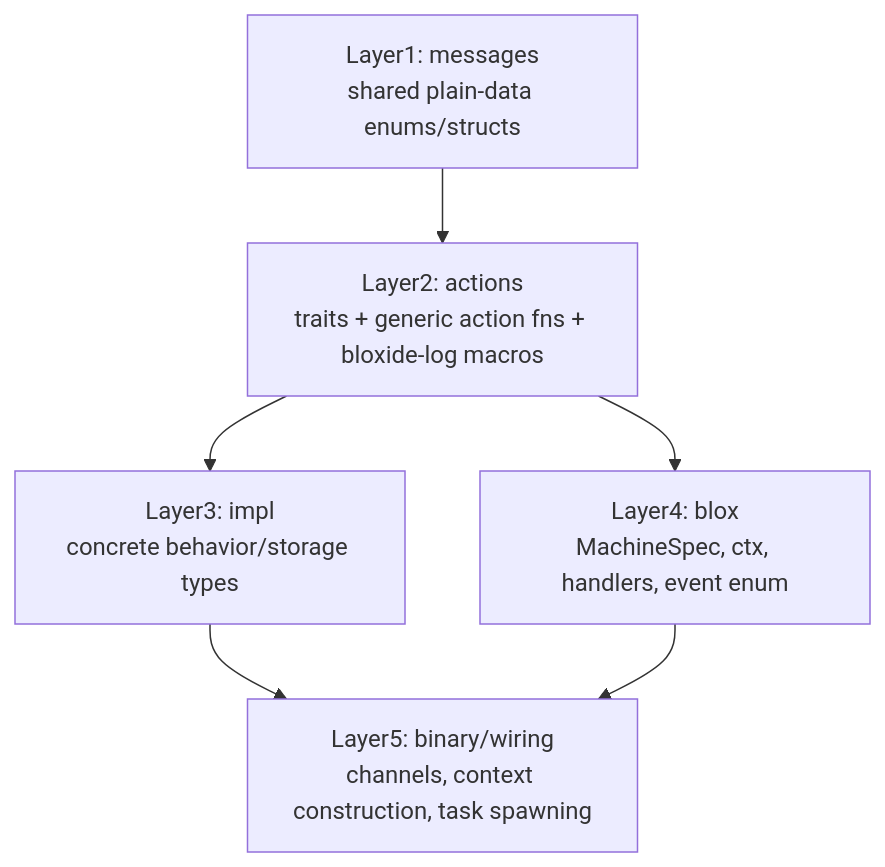
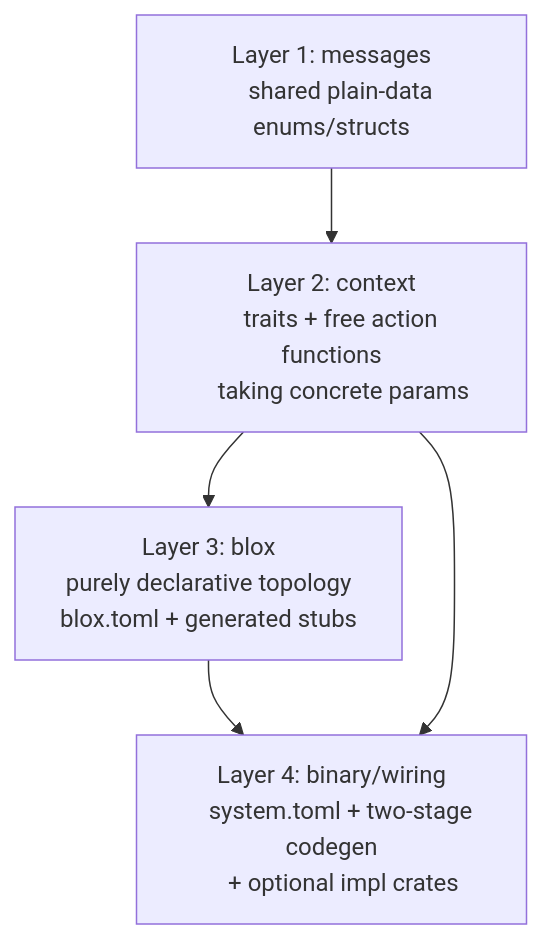
The diagram in spec/architecture/12-action-crate-pattern.md (bloxide-com/bloxide), drawn with Mermaid before and after one commit. The commit also changed other lines of this file and 6 other files, not shown here.

````diff
--- a/spec/architecture/12-action-crate-pattern.md
+++ b/spec/architecture/12-action-crate-pattern.md
@@ -23,14 +32,19 @@
 ```mermaid
 flowchart TD
-    Messages["Layer1: messages\nshared plain-data enums/structs"]
-    Actions["Layer2: actions\ntraits + generic action fns + bloxide-log macros"]
-    Impl["Layer3: impl\nconcrete behavior/storage types"]
-    Blox["Layer4: blox\nMachineSpec, ctx, handlers, event enum"]
-    Binary["Layer5: binary/wiring\nchannels, context construction, task spawning"]
+    Messages["Layer 1: messages
+    shared plain-data enums/structs"]
+    Context["Layer 2: context
+    traits + free action functions
+    taking concrete params"]
+    Blox["Layer 3: blox
+    purely declarative topology
+    blox.toml + generated stubs"]
+    Binary["Layer 4: binary/wiring
+    system.toml + two-stage codegen
+    + optional impl crates"]
 
-    Messages --> Actions
-    Actions --> Impl
-    Actions --> Blox
-    Impl --> Binary
+    Messages --> Context
+    Context --> Blox
     Blox --> Binary
+    Context --> Binary
 ```
````
